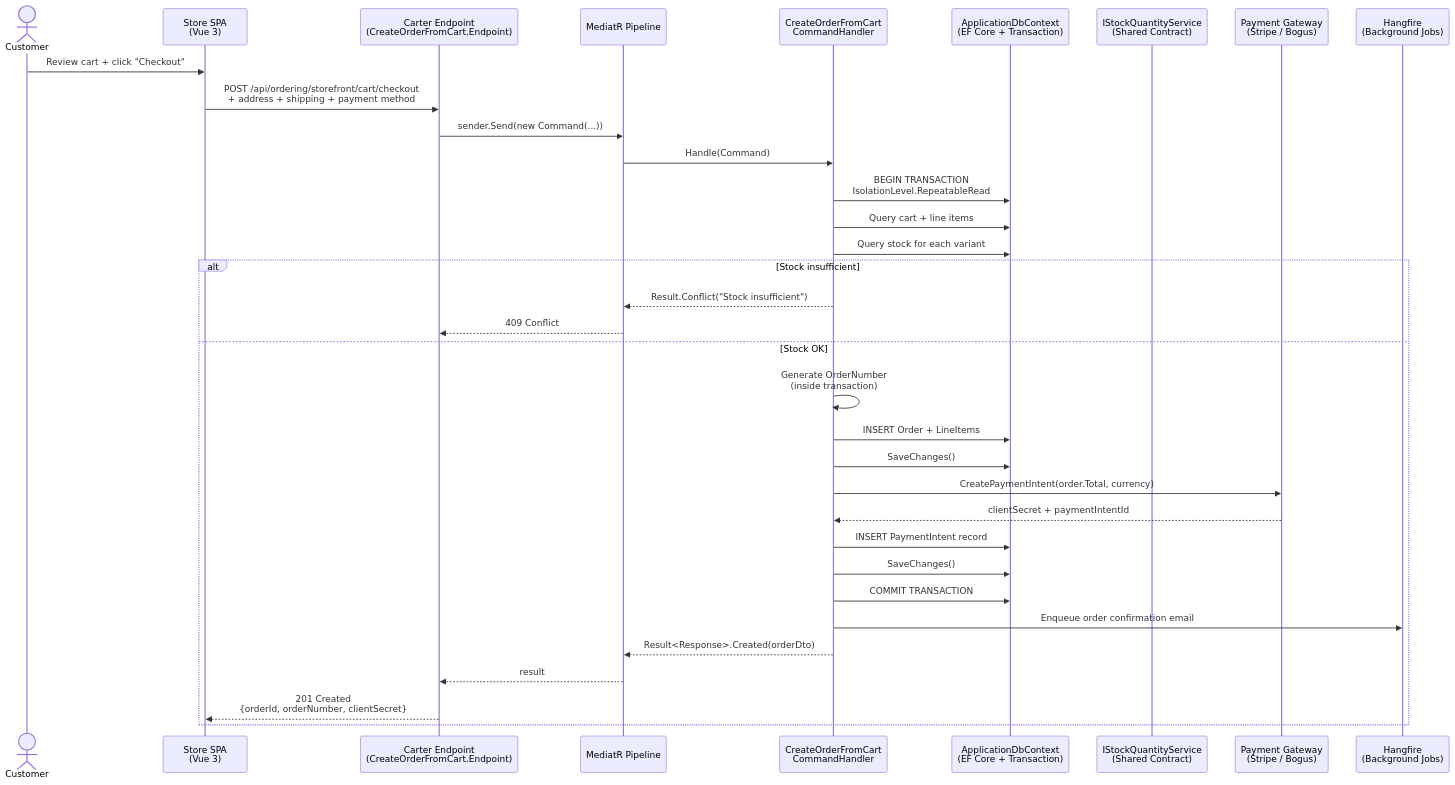
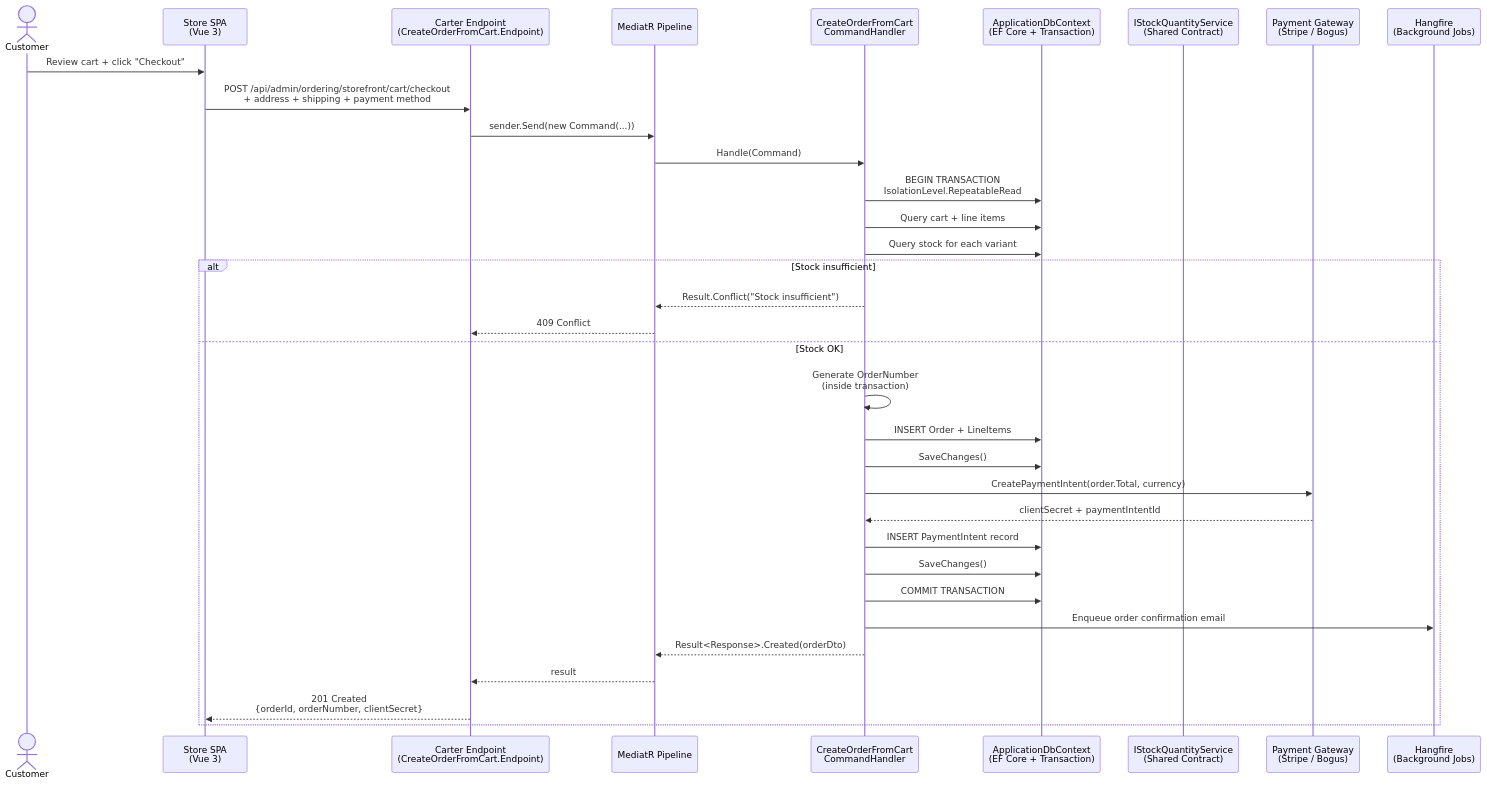
One commit to qingfa-dev/ReSys.Shop changed the diagram in docs/_thesis/diagrams/sequence-checkout.mmd. Above: the diagram before and after it, drawn with Mermaid. The commit also changed 432 other files, not shown here.

````diff
--- a/docs/_thesis/diagrams/sequence-checkout.mmd
+++ b/docs/_thesis/diagrams/sequence-checkout.mmd
@@ -1,45 +1,45 @@
 ```mermaid
 %% Sequence Diagram: Checkout (Critical Path)
 %% Based on Chapter 7 — Detailed Design
 
 sequenceDiagram
     actor Customer
     participant StoreSPA as Store SPA<br/>(Vue 3)
     participant Carter as Carter Endpoint<br/>(CreateOrderFromCart.Endpoint)
     participant Pipeline as MediatR Pipeline
     participant Handler as CreateOrderFromCart<br/>CommandHandler
     participant Db as ApplicationDbContext<br/>(EF Core + Transaction)
     participant StockSvc as IStockQuantityService<br/>(Shared Contract)
     participant Payment as Payment Gateway<br/>(Stripe / Bogus)
     participant Hangfire as Hangfire<br/>(Background Jobs)
 
     Customer->>StoreSPA: Review cart + click "Checkout"
-    StoreSPA->>Carter: POST /api/ordering/storefront/cart/checkout<br/>+ address + shipping + payment method
+    StoreSPA->>Carter: POST /api/admin/ordering/storefront/cart/checkout<br/>+ address + shipping + payment method
     Carter->>Pipeline: sender.Send(new Command(...))
     Pipeline->>Handler: Handle(Command)
 
     Handler->>Db: BEGIN TRANSACTION<br/>IsolationLevel.RepeatableRead
     Handler->>Db: Query cart + line items
     Handler->>Db: Query stock for each variant
     alt Stock insufficient
         Handler-->>Pipeline: Result.Conflict("Stock insufficient")
         Pipeline-->>Carter: 409 Conflict
     else Stock OK
         Handler->>Handler: Generate OrderNumber<br/>(inside transaction)
         Handler->>Db: INSERT Order + LineItems
         Handler->>Db: SaveChanges()
 
         Handler->>Payment: CreatePaymentIntent(order.Total, currency)
         Payment-->>Handler: clientSecret + paymentIntentId
 
         Handler->>Db: INSERT PaymentIntent record
         Handler->>Db: SaveChanges()
 
         Handler->>Db: COMMIT TRANSACTION
 
         Handler->>Hangfire: Enqueue order confirmation email
         Handler-->>Pipeline: Result<Response>.Created(orderDto)
         Pipeline-->>Carter: result
         Carter-->>StoreSPA: 201 Created<br/>{orderId, orderNumber, clientSecret}
     end
 ```
````
